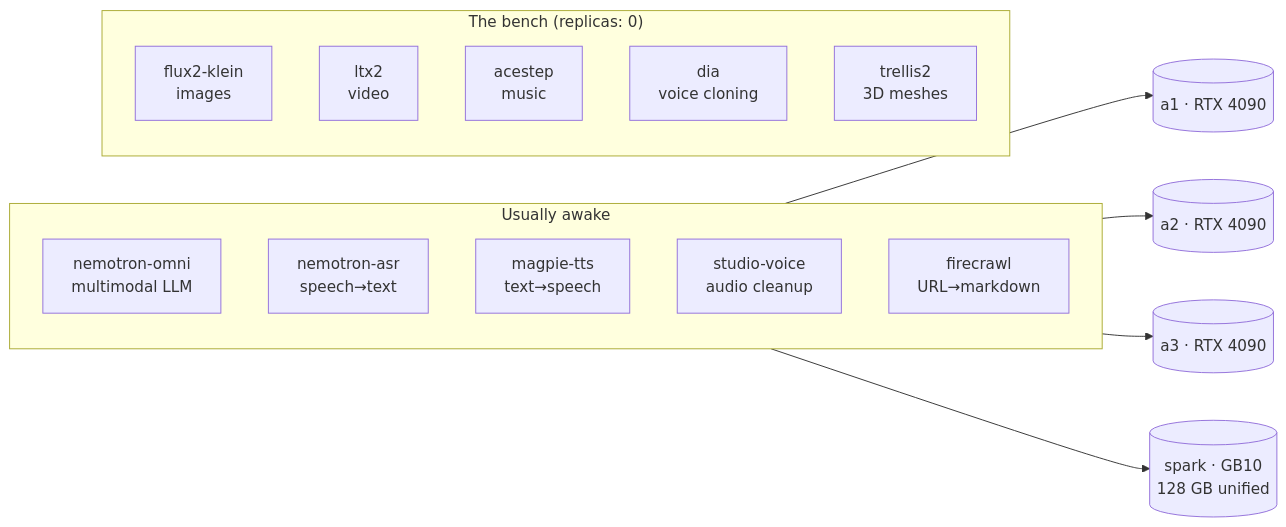
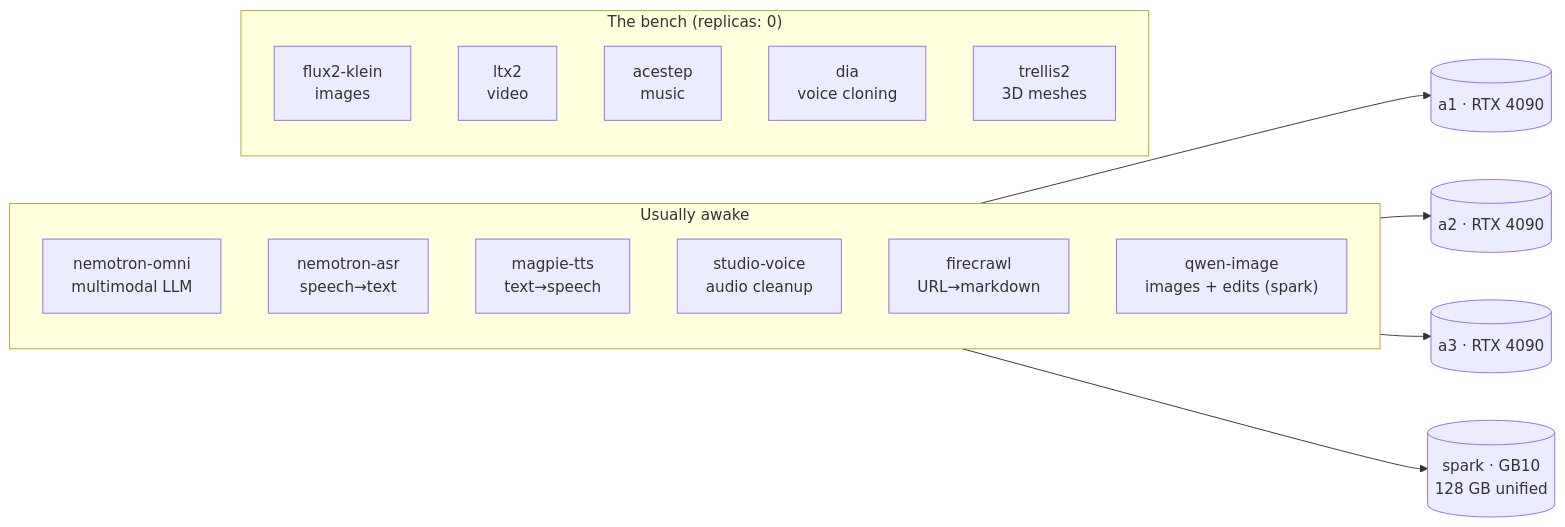
One commit to briancaffey/home-lab changed the diagram in docs-site/docs/ai/inference-fleet.md. Above: the diagram before and after it, drawn with Mermaid. The commit also changed other lines of this file and 21 other files, not shown here.

First line of the commit message:
services: Qwen-Image 2.1 on spark + inference.club image routing

````diff
--- a/docs-site/docs/ai/inference-fleet.md
+++ b/docs-site/docs/ai/inference-fleet.md
@@ -18,22 +18,23 @@
 ```mermaid
 flowchart LR
     subgraph active["Usually awake"]
         omni["nemotron-omni<br/>multimodal LLM"]
         asr["nemotron-asr<br/>speech→text"]
         magpie["magpie-tts<br/>text→speech"]
         sv["studio-voice<br/>audio cleanup"]
         fc["firecrawl<br/>URL→markdown"]
+        qwen["qwen-image<br/>images + edits (spark)"]
     end
     subgraph parked["The bench (replicas: 0)"]
         flux["flux2-klein<br/>images"]
         ltx["ltx2<br/>video"]
         ace["acestep<br/>music"]
         dia["dia<br/>voice cloning"]
         trellis["trellis2<br/>3D meshes"]
     end
     gpu1[("a1 · RTX 4090")]
     gpu2[("a2 · RTX 4090")]
     gpu3[("a3 · RTX 4090")]
     spark[("spark · GB10<br/>128 GB unified")]
     active --> gpu1 & gpu2 & gpu3 & spark
 ```
````
